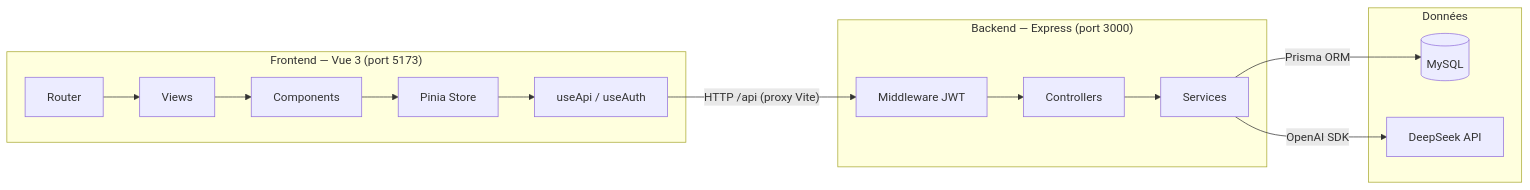
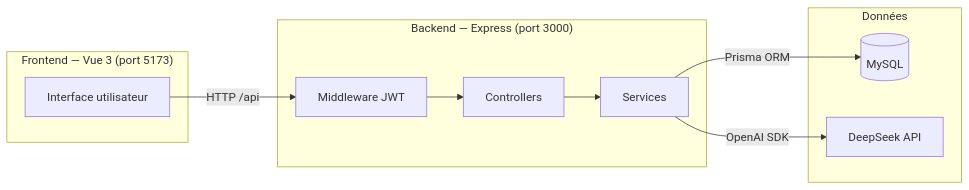
The first of 6 diagrams in README.md (rayanjsp/AIQuizMaker), drawn with Mermaid before and after one commit.

Commit message:
docs: Simplify architecture diagram in README
Remove internal Vue implementation details (Pinia Store, composables)
from the architecture diagram — keep only high-level blocks.

````diff
--- a/README.md
+++ b/README.md
@@ -23,23 +23,20 @@
 ```mermaid
 graph LR
     subgraph Client["Frontend — Vue 3 (port 5173)"]
-        R[Router] --> V[Views]
-        V --> CO[Components]
-        CO --> ST[Pinia Store]
-        ST --> UA[useApi / useAuth]
+        FE[Interface utilisateur]
     end
 
     subgraph Server["Backend — Express (port 3000)"]
         MW[Middleware JWT] --> CT[Controllers]
         CT --> SV[Services]
     end
 
     subgraph Data["Données"]
         DB[(MySQL)]
         AI[DeepSeek API]
     end
 
-    UA -->|"HTTP /api (proxy Vite)"| MW
+    FE -->|"HTTP /api"| MW
     SV -->|Prisma ORM| DB
     SV -->|OpenAI SDK| AI
 ```
````
